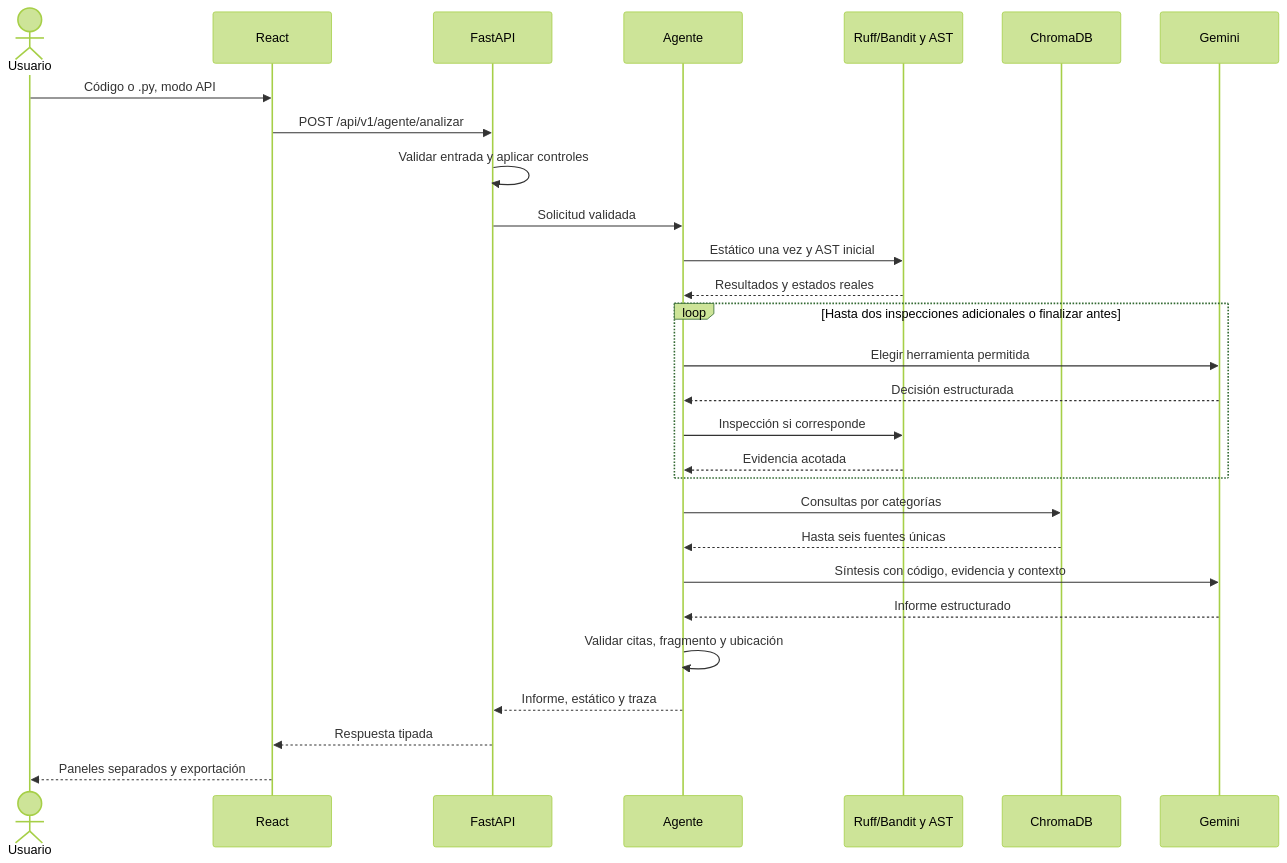
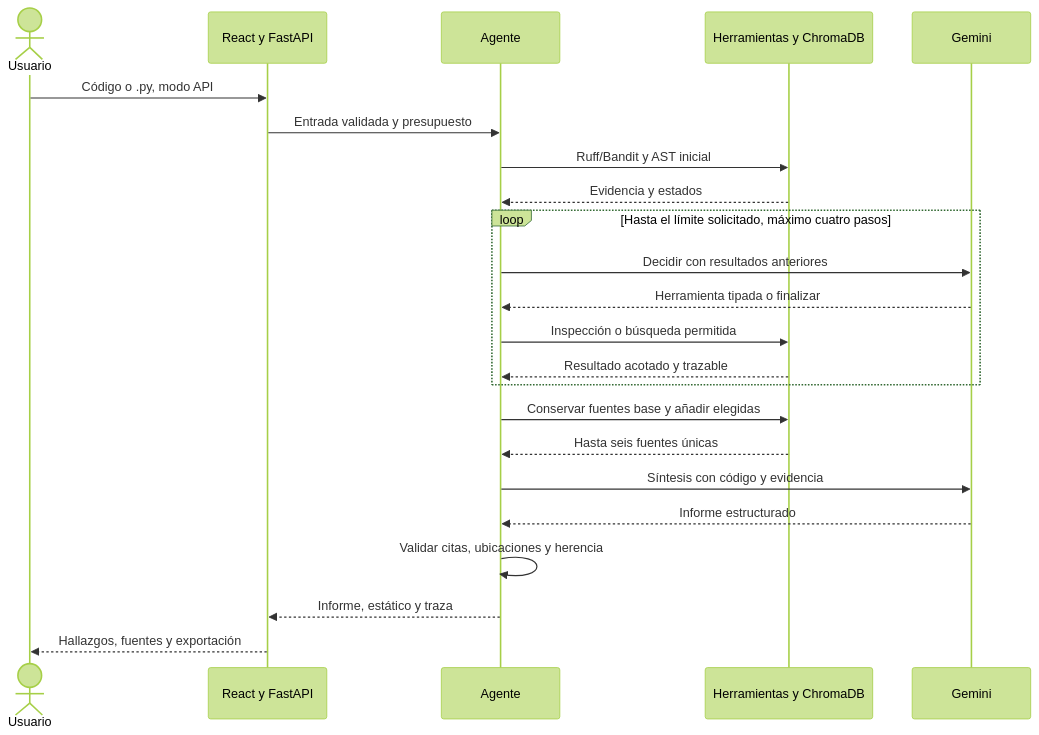
One commit to Christian-gv-01/revisor-inteligente-codigo changed the fourth of 4 diagrams in docs/03-arquitectura.md. Above: the diagram before and after it, drawn with Mermaid (forest theme). The commit also changed other lines of this file and 3 other files, not shown here.

Commit message:
docs: sincronizar arquitectura y guia del agente con validacion publica

````diff
--- a/docs/03-arquitectura.md
+++ b/docs/03-arquitectura.md
@@ -96,30 +93,25 @@
 ```mermaid
 sequenceDiagram
     actor U as Usuario
-    participant UI as React
-    participant API as FastAPI
+    participant UI as React y FastAPI
     participant A as Agente
-    participant T as Ruff/Bandit y AST
-    participant R as ChromaDB
+    participant T as Herramientas y ChromaDB
     participant G as Gemini
     U->>UI: Código o .py, modo API
-    UI->>API: POST /api/v1/agente/analizar
-    API->>API: Validar entrada y aplicar controles
-    API->>A: Solicitud validada
-    A->>T: Estático una vez y AST inicial
-    T-->>A: Resultados y estados reales
-    loop Hasta dos inspecciones adicionales o finalizar antes
-        A->>G: Elegir herramienta permitida
-        G-->>A: Decisión estructurada
-        A->>T: Inspección si corresponde
-        T-->>A: Evidencia acotada
+    UI->>A: Entrada validada y presupuesto
+    A->>T: Ruff/Bandit y AST inicial
+    T-->>A: Evidencia y estados
+    loop Hasta el límite solicitado, máximo cuatro pasos
+        A->>G: Decidir con resultados anteriores
+        G-->>A: Herramienta tipada o finalizar
+        A->>T: Inspección o búsqueda permitida
+        T-->>A: Resultado acotado y trazable
     end
-    A->>R: Consultas por categorías
-    R-->>A: Hasta seis fuentes únicas
-    A->>G: Síntesis con código, evidencia y contexto
+    A->>T: Conservar fuentes base y añadir elegidas
+    T-->>A: Hasta seis fuentes únicas
+    A->>G: Síntesis con código y evidencia
     G-->>A: Informe estructurado
-    A->>A: Validar citas, fragmento y ubicación
-    A-->>API: Informe, estático y traza
-    API-->>UI: Respuesta tipada
-    UI-->>U: Paneles separados y exportación
+    A->>A: Validar citas, ubicaciones y herencia
+    A-->>UI: Informe, estático y traza
+    UI-->>U: Hallazgos, fuentes y exportación
 ```
````
